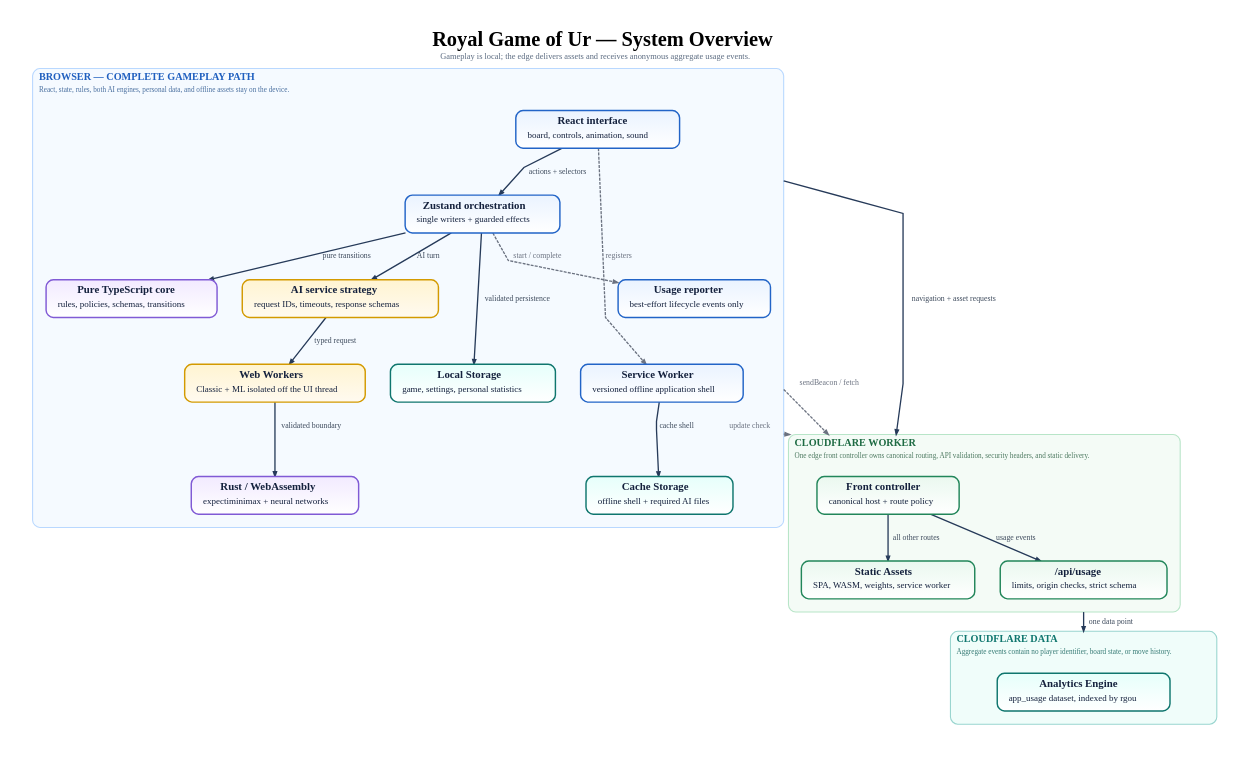
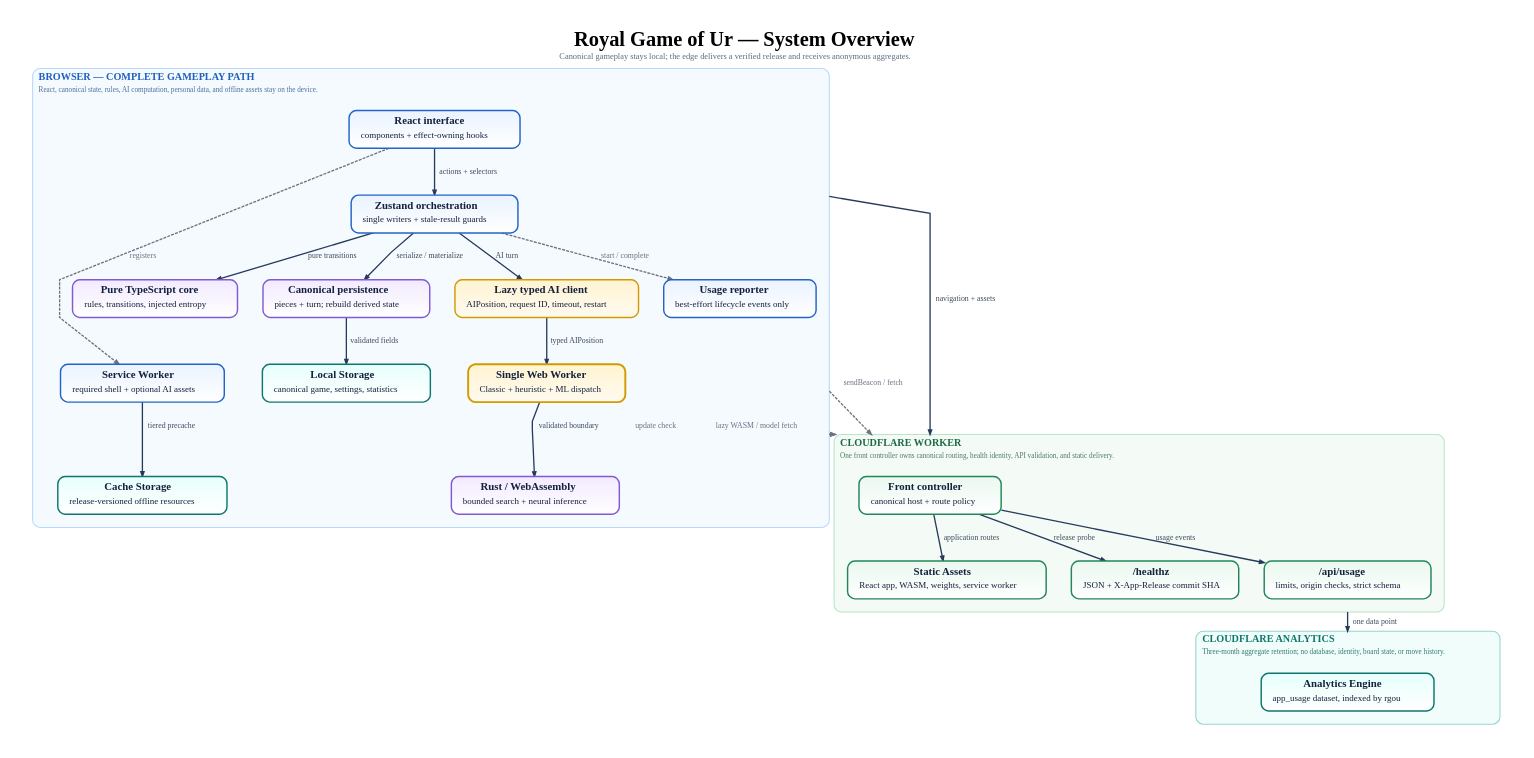
Before and after one commit to tre-systems/rgou-cloudflare: the diagram in docs/diagrams/system-overview.dot, drawn with Graphviz. The commit also changed 84 other files, not shown here.

Commit message:
Harden architecture and release pipeline

```diff
--- a/docs/diagrams/system-overview.dot
+++ b/docs/diagrams/system-overview.dot
@@ -1,119 +1,125 @@
 digraph SystemOverview {
   graph [
     rankdir=TB,
     bgcolor="#ffffff",
     pad="0.55",
     nodesep="0.58",
     ranksep="0.88",
     splines=polyline,
     outputorder=edgesfirst,
     compound=true,
     newrank=true,
     forcelabels=true,
     fontname="Avenir",
-    label=<<TABLE BORDER="0" CELLBORDER="0" CELLSPACING="0" CELLPADDING="0"><TR><TD><FONT POINT-SIZE="34"><B>Royal Game of Ur — System Overview</B></FONT></TD></TR><TR><TD><FONT POINT-SIZE="14" COLOR="#5b6b80">Gameplay is local; the edge delivers assets and receives anonymous aggregate usage events.</FONT></TD></TR></TABLE>>,
+    label=<<TABLE BORDER="0" CELLBORDER="0" CELLSPACING="0" CELLPADDING="0"><TR><TD><FONT POINT-SIZE="34"><B>Royal Game of Ur — System Overview</B></FONT></TD></TR><TR><TD><FONT POINT-SIZE="14" COLOR="#5b6b80">Canonical gameplay stays local; the edge delivers a verified release and receives anonymous aggregates.</FONT></TD></TR></TABLE>>,
     labelloc=t,
     labeljust=c
   ];
 
   node [
     shape=box,
     style="rounded,filled",
     margin="0.21,0.13",
     width=2.85,
     height=0.72,
     fontname="Avenir",
     fontsize=18,
     penwidth=2.4,
     fontcolor="#14213d",
     color="#2264c7",
     fillcolor="#eaf3ff:#ffffff",
     gradientangle=270
   ];
 
   edge [
     color="#263a59",
     fontname="Avenir",
     fontsize=13,
     fontcolor="#3d4a5c",
     penwidth=2.2,
     arrowsize=0.78
   ];
 
   subgraph cluster_browser {
     graph [
-      label=<<TABLE BORDER="0" CELLBORDER="0" CELLSPACING="0" CELLPADDING="2"><TR><TD ALIGN="LEFT"><FONT POINT-SIZE="17" COLOR="#1f5fbf"><B>BROWSER — COMPLETE GAMEPLAY PATH</B></FONT></TD></TR><TR><TD ALIGN="LEFT"><FONT POINT-SIZE="12" COLOR="#496f9f">React, state, rules, both AI engines, personal data, and offline assets stay on the device.</FONT></TD></TR></TABLE>>,
+      label=<<TABLE BORDER="0" CELLBORDER="0" CELLSPACING="0" CELLPADDING="2"><TR><TD ALIGN="LEFT"><FONT POINT-SIZE="17" COLOR="#1f5fbf"><B>BROWSER — COMPLETE GAMEPLAY PATH</B></FONT></TD></TR><TR><TD ALIGN="LEFT"><FONT POINT-SIZE="12" COLOR="#496f9f">React, canonical state, rules, AI computation, personal data, and offline assets stay on the device.</FONT></TD></TR></TABLE>>,
       labelloc=t,
       labeljust=l,
       color="#b9d8ff",
       fillcolor="#f5faff",
       style="rounded,filled",
       penwidth=1.8,
       margin=22
     ];
 
-    UI [label=<<TABLE BORDER="0" CELLBORDER="0" CELLSPACING="0" CELLPADDING="0"><TR><TD><B>React interface</B></TD></TR><TR><TD CELLPADDING="4"><FONT POINT-SIZE="15">board, controls, animation, sound</FONT></TD></TR></TABLE>>];
-    STORE [label=<<TABLE BORDER="0" CELLBORDER="0" CELLSPACING="0" CELLPADDING="0"><TR><TD><B>Zustand orchestration</B></TD></TR><TR><TD CELLPADDING="4"><FONT POINT-SIZE="15">single writers + guarded effects</FONT></TD></TR></TABLE>>];
-    CORE [label=<<TABLE BORDER="0" CELLBORDER="0" CELLSPACING="0" CELLPADDING="0"><TR><TD><B>Pure TypeScript core</B></TD></TR><TR><TD CELLPADDING="4"><FONT POINT-SIZE="15">rules, policies, schemas, transitions</FONT></TD></TR></TABLE>>, fillcolor="#f2eaff:#ffffff", color="#805ad5"];
-    SERVICES [label=<<TABLE BORDER="0" CELLBORDER="0" CELLSPACING="0" CELLPADDING="0"><TR><TD><B>AI service strategy</B></TD></TR><TR><TD CELLPADDING="4"><FONT POINT-SIZE="15">request IDs, timeouts, response schemas</FONT></TD></TR></TABLE>>, fillcolor="#fff4d1:#fffaf0", color="#d39a00"];
-    WORKERS [label=<<TABLE BORDER="0" CELLBORDER="0" CELLSPACING="0" CELLPADDING="0"><TR><TD><B>Web Workers</B></TD></TR><TR><TD CELLPADDING="4"><FONT POINT-SIZE="15">Classic + ML isolated off the UI thread</FONT></TD></TR></TABLE>>, fillcolor="#fff4d1:#fffaf0", color="#d39a00"];
-    WASM [label=<<TABLE BORDER="0" CELLBORDER="0" CELLSPACING="0" CELLPADDING="0"><TR><TD><B>Rust / WebAssembly</B></TD></TR><TR><TD CELLPADDING="4"><FONT POINT-SIZE="15">expectiminimax + neural networks</FONT></TD></TR></TABLE>>, fillcolor="#f2eaff:#ffffff", color="#805ad5"];
+    UI [label=<<TABLE BORDER="0" CELLBORDER="0" CELLSPACING="0" CELLPADDING="0"><TR><TD><B>React interface</B></TD></TR><TR><TD CELLPADDING="4"><FONT POINT-SIZE="15">components + effect-owning hooks</FONT></TD></TR></TABLE>>];
+    STORE [label=<<TABLE BORDER="0" CELLBORDER="0" CELLSPACING="0" CELLPADDING="0"><TR><TD><B>Zustand orchestration</B></TD></TR><TR><TD CELLPADDING="4"><FONT POINT-SIZE="15">single writers + stale-result guards</FONT></TD></TR></TABLE>>];
+    CORE [label=<<TABLE BORDER="0" CELLBORDER="0" CELLSPACING="0" CELLPADDING="0"><TR><TD><B>Pure TypeScript core</B></TD></TR><TR><TD CELLPADDING="4"><FONT POINT-SIZE="15">rules, transitions, injected entropy</FONT></TD></TR></TABLE>>, fillcolor="#f2eaff:#ffffff", color="#805ad5"];
+    PROJECTION [label=<<TABLE BORDER="0" CELLBORDER="0" CELLSPACING="0" CELLPADDING="0"><TR><TD><B>Canonical persistence</B></TD></TR><TR><TD CELLPADDING="4"><FONT POINT-SIZE="15">pieces + turn; rebuild derived state</FONT></TD></TR></TABLE>>, fillcolor="#f2eaff:#ffffff", color="#805ad5"];
+    CLIENT [label=<<TABLE BORDER="0" CELLBORDER="0" CELLSPACING="0" CELLPADDING="0"><TR><TD><B>Lazy typed AI client</B></TD></TR><TR><TD CELLPADDING="4"><FONT POINT-SIZE="15">AIPosition, request ID, timeout, restart</FONT></TD></TR></TABLE>>, fillcolor="#fff4d1:#fffaf0", color="#d39a00"];
+    WORKER [label=<<TABLE BORDER="0" CELLBORDER="0" CELLSPACING="0" CELLPADDING="0"><TR><TD><B>Single Web Worker</B></TD></TR><TR><TD CELLPADDING="4"><FONT POINT-SIZE="15">Classic + heuristic + ML dispatch</FONT></TD></TR></TABLE>>, fillcolor="#fff4d1:#fffaf0", color="#d39a00", penwidth=3.2];
+    WASM [label=<<TABLE BORDER="0" CELLBORDER="0" CELLSPACING="0" CELLPADDING="0"><TR><TD><B>Rust / WebAssembly</B></TD></TR><TR><TD CELLPADDING="4"><FONT POINT-SIZE="15">bounded search + neural inference</FONT></TD></TR></TABLE>>, fillcolor="#f2eaff:#ffffff", color="#805ad5"];
     USAGE [label=<<TABLE BORDER="0" CELLBORDER="0" CELLSPACING="0" CELLPADDING="0"><TR><TD><B>Usage reporter</B></TD></TR><TR><TD CELLPADDING="4"><FONT POINT-SIZE="15">best-effort lifecycle events only</FONT></TD></TR></TABLE>>];
-    SW [label=<<TABLE BORDER="0" CELLBORDER="0" CELLSPACING="0" CELLPADDING="0"><TR><TD><B>Service Worker</B></TD></TR><TR><TD CELLPADDING="4"><FONT POINT-SIZE="15">versioned offline application shell</FONT></TD></TR></TABLE>>];
-    LOCAL [label=<<TABLE BORDER="0" CELLBORDER="0" CELLSPACING="0" CELLPADDING="0"><TR><TD><B>Local Storage</B></TD></TR><TR><TD CELLPADDING="4"><FONT POINT-SIZE="15">game, settings, personal statistics</FONT></TD></TR></TABLE>>, fillcolor="#e6fffb:#ffffff", color="#0f766e"];
-    CACHE [label=<<TABLE BORDER="0" CELLBORDER="0" CELLSPACING="0" CELLPADDING="0"><TR><TD><B>Cache Storage</B></TD></TR><TR><TD CELLPADDING="4"><FONT POINT-SIZE="15">offline shell + required AI files</FONT></TD></TR></TABLE>>, fillcolor="#e6fffb:#ffffff", color="#0f766e"];
+    SW [label=<<TABLE BORDER="0" CELLBORDER="0" CELLSPACING="0" CELLPADDING="0"><TR><TD><B>Service Worker</B></TD></TR><TR><TD CELLPADDING="4"><FONT POINT-SIZE="15">required shell + optional AI assets</FONT></TD></TR></TABLE>>];
+    LOCAL [label=<<TABLE BORDER="0" CELLBORDER="0" CELLSPACING="0" CELLPADDING="0"><TR><TD><B>Local Storage</B></TD></TR><TR><TD CELLPADDING="4"><FONT POINT-SIZE="15">canonical game, settings, statistics</FONT></TD></TR></TABLE>>, fillcolor="#e6fffb:#ffffff", color="#0f766e"];
+    CACHE [label=<<TABLE BORDER="0" CELLBORDER="0" CELLSPACING="0" CELLPADDING="0"><TR><TD><B>Cache Storage</B></TD></TR><TR><TD CELLPADDING="4"><FONT POINT-SIZE="15">release-versioned offline resources</FONT></TD></TR></TABLE>>, fillcolor="#e6fffb:#ffffff", color="#0f766e"];
 
     UI -> STORE [label="actions + selectors"];
     STORE -> CORE [label="pure transitions"];
-    STORE -> SERVICES [label="AI turn"];
-    SERVICES -> WORKERS [label="typed request"];
-    WORKERS -> WASM [label="validated boundary"];
-    STORE -> LOCAL [label="validated persistence"];
+    STORE -> PROJECTION [label="serialize / materialize"];
+    PROJECTION -> LOCAL [label="validated fields"];
+    STORE -> CLIENT [label="AI turn"];
+    CLIENT -> WORKER [label="typed AIPosition"];
+    WORKER -> WASM [label="validated boundary"];
     STORE -> USAGE [label="start / complete", style=dashed, color="#6b7280", fontcolor="#6b7280"];
     UI -> SW [label="registers", style=dashed, color="#6b7280", fontcolor="#6b7280"];
-    SW -> CACHE [label="cache shell"];
+    SW -> CACHE [label="tiered precache"];
 
-    { rank=same; CORE; SERVICES; USAGE; }
-    { rank=same; LOCAL; WORKERS; SW; }
+    { rank=same; CORE; PROJECTION; CLIENT; USAGE; }
+    { rank=same; LOCAL; WORKER; SW; }
   }
 
   subgraph cluster_edge {
     graph [
-      label=<<TABLE BORDER="0" CELLBORDER="0" CELLSPACING="0" CELLPADDING="2"><TR><TD ALIGN="LEFT"><FONT POINT-SIZE="17" COLOR="#1e6b43"><B>CLOUDFLARE WORKER</B></FONT></TD></TR><TR><TD ALIGN="LEFT"><FONT POINT-SIZE="12" COLOR="#4e7a61">One edge front controller owns canonical routing, API validation, security headers, and static delivery.</FONT></TD></TR></TABLE>>,
+      label=<<TABLE BORDER="0" CELLBORDER="0" CELLSPACING="0" CELLPADDING="2"><TR><TD ALIGN="LEFT"><FONT POINT-SIZE="17" COLOR="#1e6b43"><B>CLOUDFLARE WORKER</B></FONT></TD></TR><TR><TD ALIGN="LEFT"><FONT POINT-SIZE="12" COLOR="#4e7a61">One front controller owns canonical routing, health identity, API validation, and static delivery.</FONT></TD></TR></TABLE>>,
       labelloc=t,
       labeljust=l,
       color="#b8e5c8",
       fillcolor="#f4fbf6",
       style="rounded,filled",
       penwidth=1.8,
       margin=22
     ];
 
     FRONT [label=<<TABLE BORDER="0" CELLBORDER="0" CELLSPACING="0" CELLPADDING="0"><TR><TD><B>Front controller</B></TD></TR><TR><TD CELLPADDING="4"><FONT POINT-SIZE="15">canonical host + route policy</FONT></TD></TR></TABLE>>, fillcolor="#eaf8ef:#ffffff", color="#22865a"];
-    ASSETS [label=<<TABLE BORDER="0" CELLBORDER="0" CELLSPACING="0" CELLPADDING="0"><TR><TD><B>Static Assets</B></TD></TR><TR><TD CELLPADDING="4"><FONT POINT-SIZE="15">SPA, WASM, weights, service worker</FONT></TD></TR></TABLE>>, fillcolor="#eaf8ef:#ffffff", color="#22865a"];
+    ASSETS [label=<<TABLE BORDER="0" CELLBORDER="0" CELLSPACING="0" CELLPADDING="0"><TR><TD><B>Static Assets</B></TD></TR><TR><TD CELLPADDING="4"><FONT POINT-SIZE="15">React app, WASM, weights, service worker</FONT></TD></TR></TABLE>>, fillcolor="#eaf8ef:#ffffff", color="#22865a"];
+    HEALTH [label=<<TABLE BORDER="0" CELLBORDER="0" CELLSPACING="0" CELLPADDING="0"><TR><TD><B>/healthz</B></TD></TR><TR><TD CELLPADDING="4"><FONT POINT-SIZE="15">JSON + X-App-Release commit SHA</FONT></TD></TR></TABLE>>, fillcolor="#eaf8ef:#ffffff", color="#22865a"];
     API [label=<<TABLE BORDER="0" CELLBORDER="0" CELLSPACING="0" CELLPADDING="0"><TR><TD><B>/api/usage</B></TD></TR><TR><TD CELLPADDING="4"><FONT POINT-SIZE="15">limits, origin checks, strict schema</FONT></TD></TR></TABLE>>, fillcolor="#eaf8ef:#ffffff", color="#22865a"];
 
-    FRONT -> ASSETS [label="all other routes"];
+    FRONT -> ASSETS [label="application routes"];
+    FRONT -> HEALTH [label="release probe"];
     FRONT -> API [label="usage events"];
+    { rank=same; ASSETS; HEALTH; API; }
   }
 
   subgraph cluster_cloud_data {
     graph [
-      label=<<TABLE BORDER="0" CELLBORDER="0" CELLSPACING="0" CELLPADDING="2"><TR><TD ALIGN="LEFT"><FONT POINT-SIZE="17" COLOR="#0f766e"><B>CLOUDFLARE DATA</B></FONT></TD></TR><TR><TD ALIGN="LEFT"><FONT POINT-SIZE="12" COLOR="#357a74">Aggregate events contain no player identifier, board state, or move history.</FONT></TD></TR></TABLE>>,
+      label=<<TABLE BORDER="0" CELLBORDER="0" CELLSPACING="0" CELLPADDING="2"><TR><TD ALIGN="LEFT"><FONT POINT-SIZE="17" COLOR="#0f766e"><B>CLOUDFLARE ANALYTICS</B></FONT></TD></TR><TR><TD ALIGN="LEFT"><FONT POINT-SIZE="12" COLOR="#357a74">Three-month aggregate retention; no database, identity, board state, or move history.</FONT></TD></TR></TABLE>>,
       labelloc=t,
       labeljust=l,
       color="#99d5cf",
       fillcolor="#f0fdfa",
       style="rounded,filled",
       penwidth=1.8,
       margin=22
     ];
 
     ANALYTICS [label=<<TABLE BORDER="0" CELLBORDER="0" CELLSPACING="0" CELLPADDING="0"><TR><TD><B>Analytics Engine</B></TD></TR><TR><TD CELLPADDING="4"><FONT POINT-SIZE="15">app_usage dataset, indexed by rgou</FONT></TD></TR></TABLE>>, fillcolor="#e6fffb:#ffffff", color="#0f766e"];
   }
 
-  UI -> FRONT [label="navigation + asset requests", ltail=cluster_browser, lhead=cluster_edge];
+  UI -> FRONT [label="navigation + assets", ltail=cluster_browser, lhead=cluster_edge];
+  WORKER -> FRONT [label="lazy WASM / model fetch", ltail=cluster_browser, lhead=cluster_edge, style=dashed, color="#6b7280", fontcolor="#6b7280"];
   SW -> FRONT [label="update check", ltail=cluster_browser, lhead=cluster_edge, style=dashed, color="#6b7280", fontcolor="#6b7280"];
   USAGE -> FRONT [label="sendBeacon / fetch", ltail=cluster_browser, lhead=cluster_edge, style=dashed, color="#6b7280", fontcolor="#6b7280"];
   API -> ANALYTICS [label="one data point", ltail=cluster_edge, lhead=cluster_cloud_data];
 }
```
